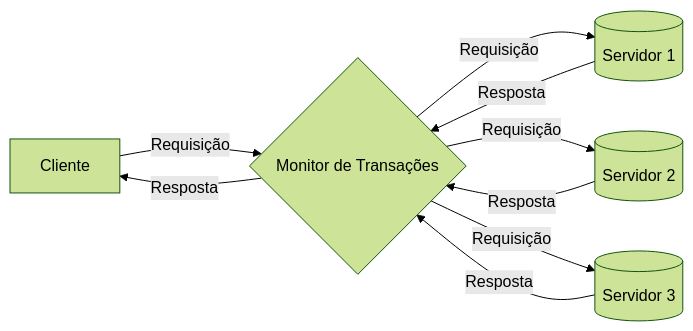
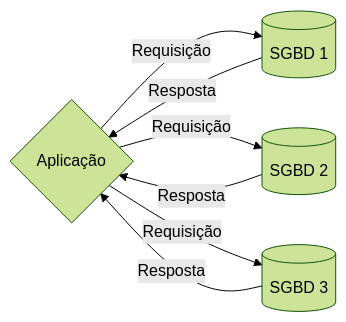
Before and after one commit to lasarojc/ds_notes: the diagram in docs/intro.md, drawn with Mermaid (forest theme). The commit also changed other lines of this file and 2 other files, not shown here.

````diff
--- a/docs/intro.md
+++ b/docs/intro.md
@@ -242,12 +216,11 @@
 ```mermaid
 graph LR
-  A[Cliente] -->|Requisição| B{Monitor de Transações}
-  B -->|Resposta| A
-  B -->|Requisição| C[(Servidor 1)]
-  B -->|Requisição| D[(Servidor 2)]
-  B -->|Requisição| E[(Servidor 3)]
+  B{Aplicação}
+  B -->|Requisição| C[(SGBD 1)]
+  B -->|Requisição| D[(SGBD 2)]
+  B -->|Requisição| E[(SGBD 3)]
 		
   C -->|Resposta| B
   D -->|Resposta| B
   E -->|Resposta| B
 ```
````
